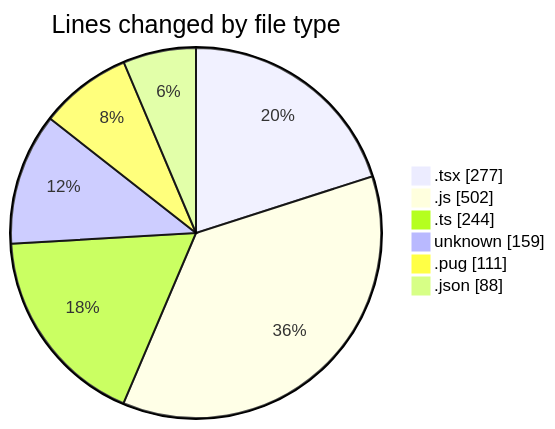
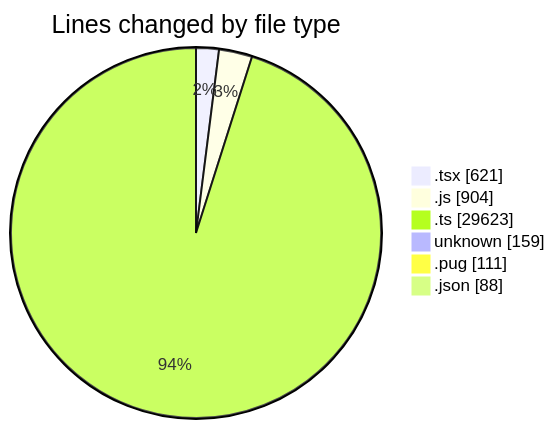
The first of 2 diagrams in 2026-06-03/cda/README.md (momahboobian/code-tracking), drawn with Mermaid before and after one commit. The commit also changed other lines of this file and 1 other file, not shown here.

````diff
--- a/2026-06-03/cda/README.md
+++ b/2026-06-03/cda/README.md
@@ -30,10 +35,10 @@
 ```mermaid
 pie showData
 title Lines changed by file type
-".tsx" : 277
-".js" : 502
-".ts" : 244
+".tsx" : 621
+".js" : 904
+".ts" : 29623
 "unknown" : 159
 ".pug" : 111
 ".json" : 88
 ```
````
